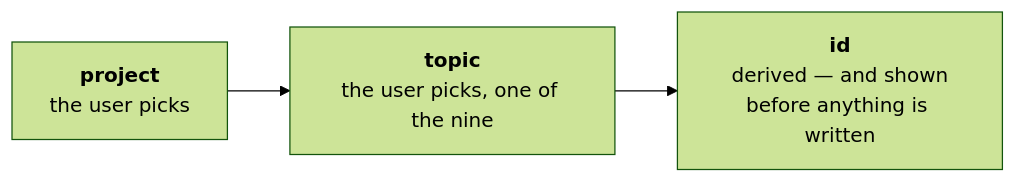
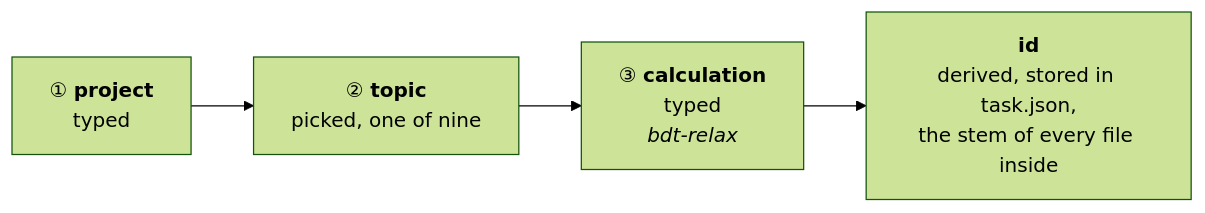
The second of 2 diagrams in docs/execution/run-identity.md (Qing-LAB/molbuilder), drawn with Mermaid (forest theme) before and after one commit. The commit also changed other lines of this file and 2 other files, not shown here.

````diff
--- a/docs/execution/run-identity.md
+++ b/docs/execution/run-identity.md
@@ -165,4 +182,4 @@
 ```mermaid
 flowchart LR
-    P["<b>project</b><br/>the user picks"] --> T["<b>topic</b><br/>the user picks, one of the nine"] --> I["<b>id</b><br/>derived — and shown<br/>before anything is written"]
+    P["① <b>project</b><br/>typed"] --> T["② <b>topic</b><br/>picked, one of nine"] --> F["③ <b>calculation</b><br/>typed<br/><i>bdt-relax</i>"] --> I["<b>id</b><br/>derived, stored in task.json,<br/>the stem of every file inside"]
 ```
````
